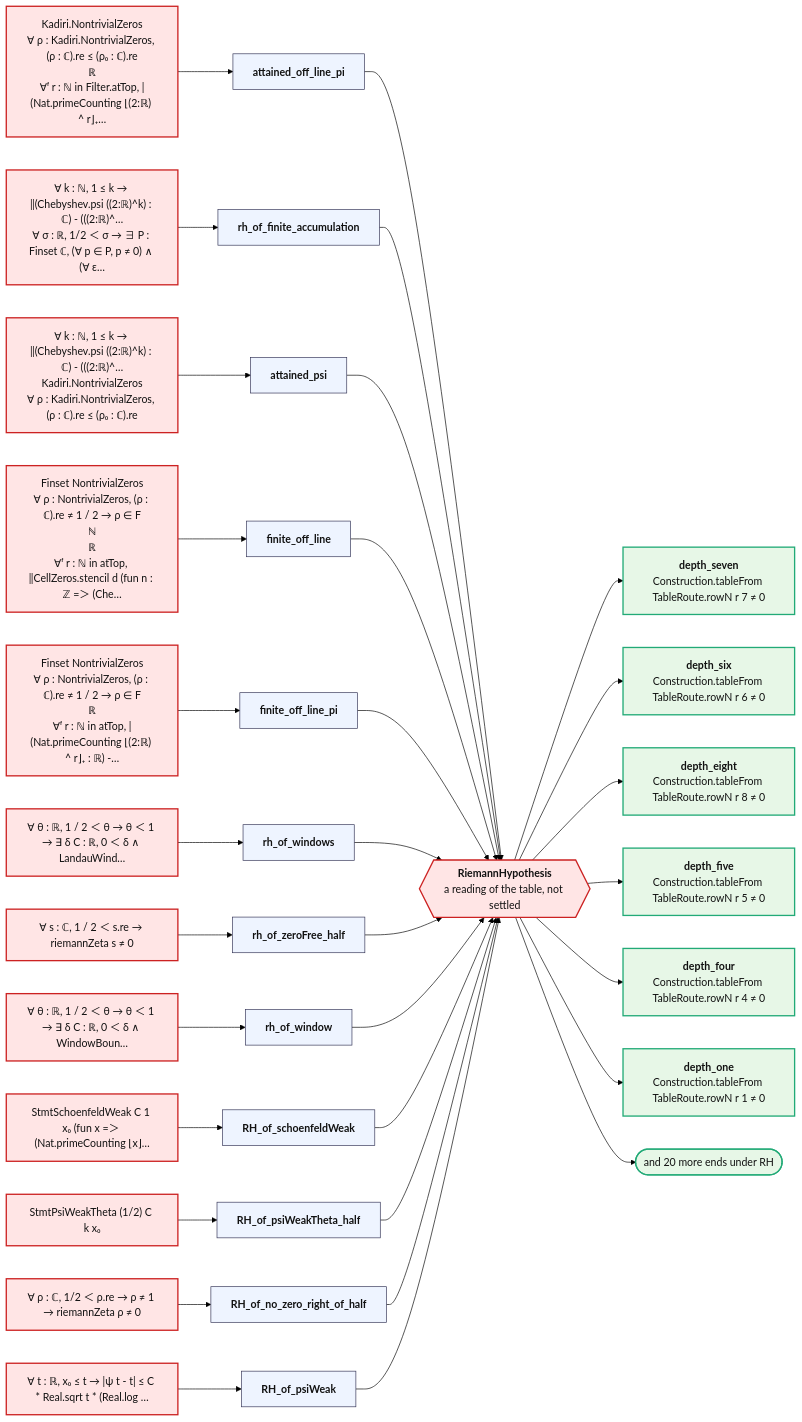
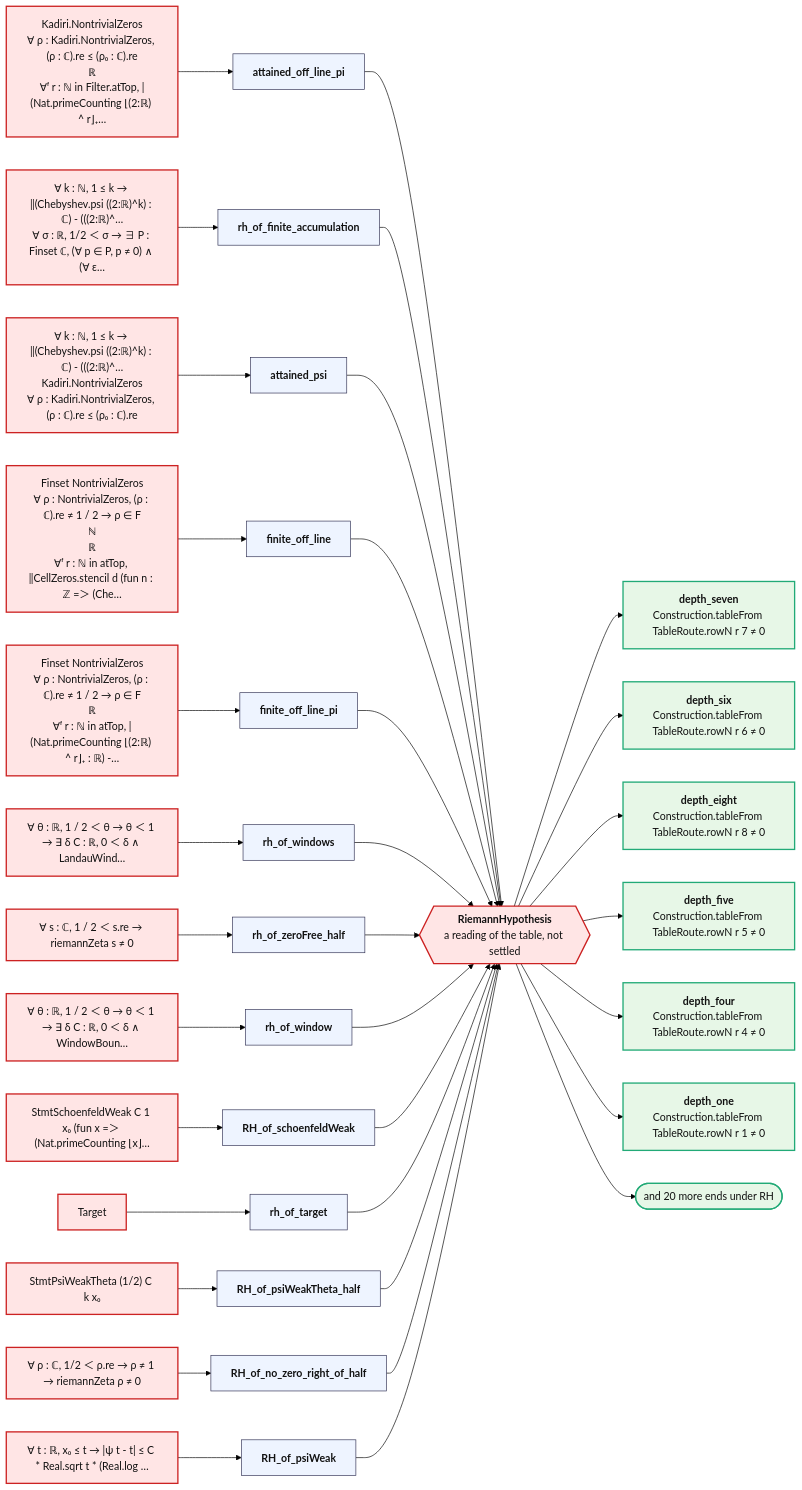
One commit to juliansambranojr/Primebeat_081426 changed the diagram in map/ROAD.mmd. Above: the diagram before and after it, drawn with Mermaid (forest theme). The commit also changed 28 other files, not shown here.

```diff
--- a/map/ROAD.mmd
+++ b/map/ROAD.mmd
@@ -1,60 +1,63 @@
 flowchart LR
   rh{{"<b>RiemannHypothesis</b><br/>a reading of the table, not settled"}}:::bad
   p0["Kadiri.NontrivialZeros<br/>∀ ρ : Kadiri.NontrivialZeros, (ρ : ℂ).re ≤ (ρ₀ : ℂ).re<br/>ℝ<br/>∀ᶠ r : ℕ in Filter.atTop, |(Nat.primeCounting ⌊(2:ℝ) ^ r⌋₊…"]:::bad
   t0["<b>attained_off_line_pi</b>"]:::thm
   p0 --> t0 --> rh
   p1["∀ k : ℕ, 1 ≤ k → ‖(Chebyshev.psi ((2:ℝ)^k) : ℂ) - (((2:ℝ)^…<br/>∀ σ : ℝ, 1/2 ＜ σ → ∃ P : Finset ℂ, (∀ p ∈ P, p ≠ 0) ∧ (∀ ε…"]:::bad
   t1["<b>rh_of_finite_accumulation</b>"]:::thm
   p1 --> t1 --> rh
   p2["∀ k : ℕ, 1 ≤ k → ‖(Chebyshev.psi ((2:ℝ)^k) : ℂ) - (((2:ℝ)^…<br/>Kadiri.NontrivialZeros<br/>∀ ρ : Kadiri.NontrivialZeros, (ρ : ℂ).re ≤ (ρ₀ : ℂ).re"]:::bad
   t2["<b>attained_psi</b>"]:::thm
   p2 --> t2 --> rh
   p3["Finset NontrivialZeros<br/>∀ ρ : NontrivialZeros, (ρ : ℂ).re ≠ 1 / 2 → ρ ∈ F<br/>ℕ<br/>ℝ<br/>∀ᶠ r : ℕ in atTop, ‖CellZeros.stencil d (fun n : ℤ =＞ (Che…"]:::bad
   t3["<b>finite_off_line</b>"]:::thm
   p3 --> t3 --> rh
   p4["Finset NontrivialZeros<br/>∀ ρ : NontrivialZeros, (ρ : ℂ).re ≠ 1 / 2 → ρ ∈ F<br/>ℝ<br/>∀ᶠ r : ℕ in atTop, |(Nat.primeCounting ⌊(2:ℝ) ^ r⌋₊ : ℝ) -…"]:::bad
   t4["<b>finite_off_line_pi</b>"]:::thm
   p4 --> t4 --> rh
   p5["∀ θ : ℝ, 1 / 2 ＜ θ → θ ＜ 1 → ∃ δ C : ℝ, 0 ＜ δ ∧ LandauWind…"]:::bad
   t5["<b>rh_of_windows</b>"]:::thm
   p5 --> t5 --> rh
   p6["∀ s : ℂ, 1 / 2 ＜ s.re → riemannZeta s ≠ 0"]:::bad
   t6["<b>rh_of_zeroFree_half</b>"]:::thm
   p6 --> t6 --> rh
   p7["∀ θ : ℝ, 1 / 2 ＜ θ → θ ＜ 1 → ∃ δ C : ℝ, 0 ＜ δ ∧ WindowBoun…"]:::bad
   t7["<b>rh_of_window</b>"]:::thm
   p7 --> t7 --> rh
   p8["StmtSchoenfeldWeak C 1 x₀ (fun x =＞ (Nat.primeCounting ⌊x⌋…"]:::bad
   t8["<b>RH_of_schoenfeldWeak</b>"]:::thm
   p8 --> t8 --> rh
-  p9["StmtPsiWeakTheta (1/2) C k x₀"]:::bad
-  t9["<b>RH_of_psiWeakTheta_half</b>"]:::thm
+  p9["Target"]:::bad
+  t9["<b>rh_of_target</b>"]:::thm
   p9 --> t9 --> rh
-  p10["∀ ρ : ℂ, 1/2 ＜ ρ.re → ρ ≠ 1 → riemannZeta ρ ≠ 0"]:::bad
-  t10["<b>RH_of_no_zero_right_of_half</b>"]:::thm
+  p10["StmtPsiWeakTheta (1/2) C k x₀"]:::bad
+  t10["<b>RH_of_psiWeakTheta_half</b>"]:::thm
   p10 --> t10 --> rh
-  p11["∀ t : ℝ, x₀ ≤ t → |ψ t - t| ≤ C * Real.sqrt t * (Real.log …"]:::bad
-  t11["<b>RH_of_psiWeak</b>"]:::thm
+  p11["∀ ρ : ℂ, 1/2 ＜ ρ.re → ρ ≠ 1 → riemannZeta ρ ≠ 0"]:::bad
+  t11["<b>RH_of_no_zero_right_of_half</b>"]:::thm
   p11 --> t11 --> rh
+  p12["∀ t : ℝ, x₀ ≤ t → |ψ t - t| ≤ C * Real.sqrt t * (Real.log …"]:::bad
+  t12["<b>RH_of_psiWeak</b>"]:::thm
+  p12 --> t12 --> rh
   e0["<b>depth_seven</b><br/>Construction.tableFrom TableRoute.rowN r 7 ≠ 0"]:::end_
   rh --> e0
   e1["<b>depth_six</b><br/>Construction.tableFrom TableRoute.rowN r 6 ≠ 0"]:::end_
   rh --> e1
   e2["<b>depth_eight</b><br/>Construction.tableFrom TableRoute.rowN r 8 ≠ 0"]:::end_
   rh --> e2
   e3["<b>depth_five</b><br/>Construction.tableFrom TableRoute.rowN r 5 ≠ 0"]:::end_
   rh --> e3
   e4["<b>depth_four</b><br/>Construction.tableFrom TableRoute.rowN r 4 ≠ 0"]:::end_
   rh --> e4
   e5["<b>depth_one</b><br/>Construction.tableFrom TableRoute.rowN r 1 ≠ 0"]:::end_
   rh --> e5
   more(["and 20 more ends under RH"]):::end_
   rh --> more
   classDef cnt fill:#dff5ec,stroke:#17694a,color:#111
   classDef shp fill:#f1ecfb,stroke:#5b3fa0,color:#111
   classDef rh fill:#ffe5e5,stroke:#c22,color:#111,stroke-width:2px
   classDef thm fill:#eef4ff,stroke:#335,color:#111
   classDef end_ fill:#e7f7e7,stroke:#2a7,color:#111,stroke-width:2px
   classDef lone fill:#fff,stroke:#999,color:#111,stroke-dasharray:4 3
   classDef bad fill:#ffe5e5,stroke:#c22,color:#111,stroke-width:2px
   classDef ext fill:#fff8e1,stroke:#b80,color:#111
```
